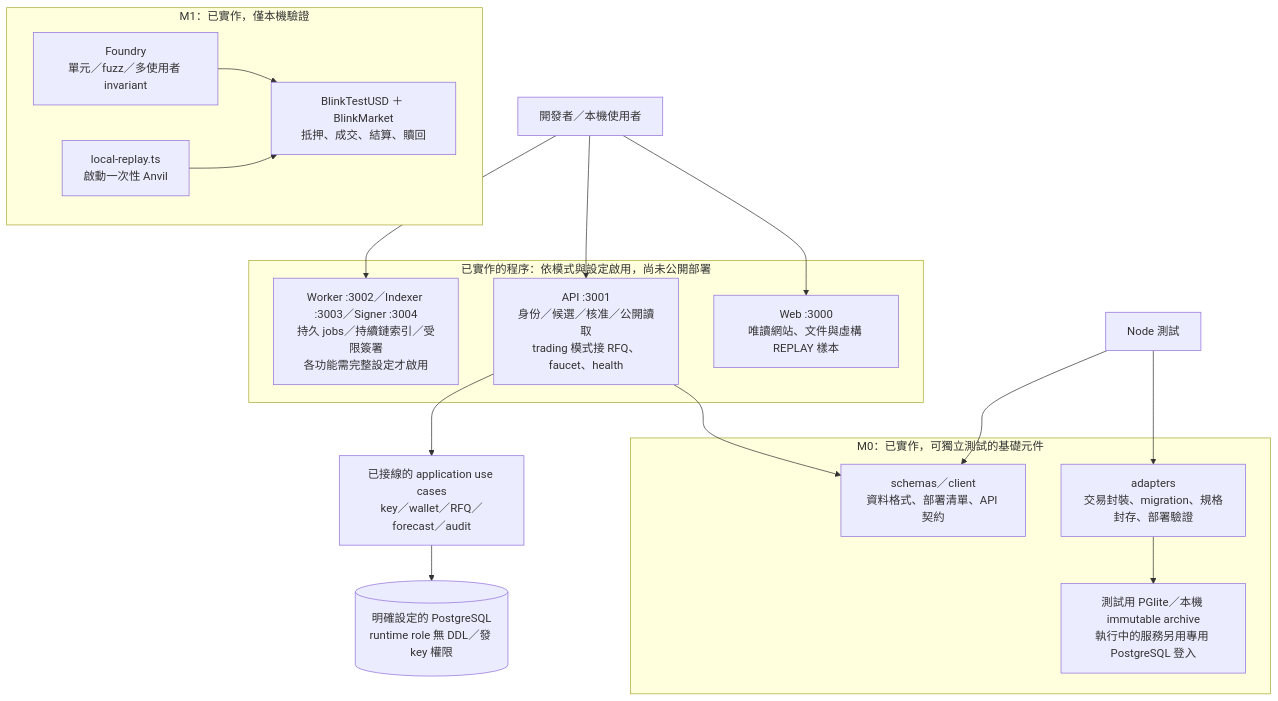
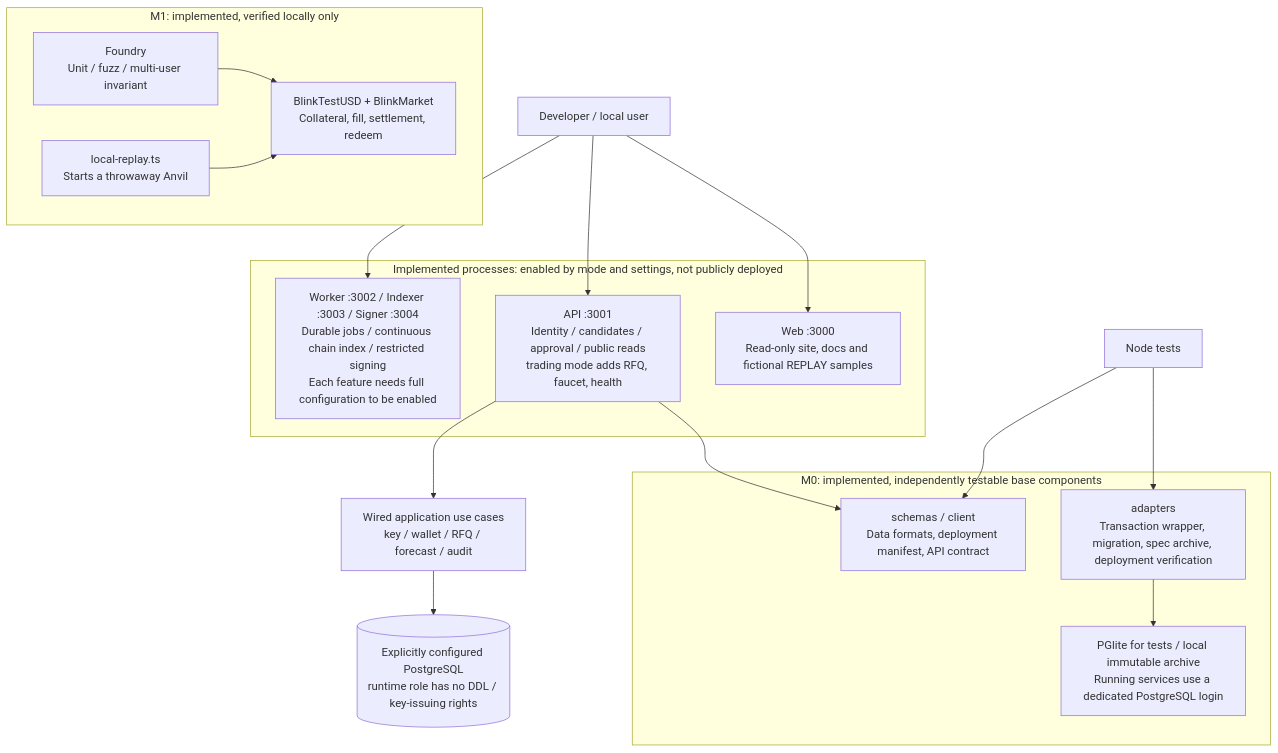
Before and after one commit to Blink-Markets/blinkmarket: the first of 5 diagrams in docs/ARCHITECTURE_GUIDE.md, drawn with Mermaid. The commit also changed other lines of this file and 54 other files, not shown here.

````diff
--- a/docs/ARCHITECTURE_GUIDE.md
+++ b/docs/ARCHITECTURE_GUIDE.md
@@ -13,30 +13,30 @@
 ```mermaid
 flowchart TB
-    User["開發者／本機使用者"]
-    subgraph Hosts["已實作的程序：依模式與設定啟用，尚未公開部署"]
-        Web["Web :3000<br/>唯讀網站、文件與虛構 REPLAY 樣本"]
-        API["API :3001<br/>身份／候選／核准／公開讀取<br/>trading 模式接 RFQ、faucet、health"]
-        Other["Worker :3002／Indexer :3003／Signer :3004<br/>持久 jobs／持續鏈索引／受限簽署<br/>各功能需完整設定才啟用"]
+    User["Developer / local user"]
+    subgraph Hosts["Implemented processes: enabled by mode and settings, not publicly deployed"]
+        Web["Web :3000<br/>Read-only site, docs and fictional REPLAY samples"]
+        API["API :3001<br/>Identity / candidates / approval / public reads<br/>trading mode adds RFQ, faucet, health"]
+        Other["Worker :3002 / Indexer :3003 / Signer :3004<br/>Durable jobs / continuous chain index / restricted signing<br/>Each feature needs full configuration to be enabled"]
     end
-    subgraph M0["M0：已實作，可獨立測試的基礎元件"]
-        Schemas["schemas／client<br/>資料格式、部署清單、API 契約"]
-        Adapters["adapters<br/>交易封裝、migration、規格封存、部署驗證"]
-        Storage["測試用 PGlite／本機 immutable archive<br/>執行中的服務另用專用 PostgreSQL 登入"]
+    subgraph M0["M0: implemented, independently testable base components"]
+        Schemas["schemas / client<br/>Data formats, deployment manifest, API contract"]
+        Adapters["adapters<br/>Transaction wrapper, migration, spec archive, deployment verification"]
+        Storage["PGlite for tests / local immutable archive<br/>Running services use a dedicated PostgreSQL login"]
     end
-    subgraph M1["M1：已實作，僅本機驗證"]
-        Tests["Foundry<br/>單元／fuzz／多使用者 invariant"]
-        Replay["local-replay.ts<br/>啟動一次性 Anvil"]
-        Contracts["BlinkTestUSD ＋ BlinkMarket<br/>抵押、成交、結算、贖回"]
+    subgraph M1["M1: implemented, verified locally only"]
+        Tests["Foundry<br/>Unit / fuzz / multi-user invariant"]
+        Replay["local-replay.ts<br/>Starts a throwaway Anvil"]
+        Contracts["BlinkTestUSD + BlinkMarket<br/>Collateral, fill, settlement, redeem"]
     end
     User --> Web
     User --> API
     User --> Other
     API --> Schemas
-    API --> Identity["已接線的 application use cases<br/>key／wallet／RFQ／forecast／audit"]
-    Identity --> PG[("明確設定的 PostgreSQL<br/>runtime role 無 DDL／發 key 權限")]
-    NodeTests["Node 測試"] --> Adapters
+    API --> Identity["Wired application use cases<br/>key / wallet / RFQ / forecast / audit"]
+    Identity --> PG[("Explicitly configured PostgreSQL<br/>runtime role has no DDL / key-issuing rights")]
+    NodeTests["Node tests"] --> Adapters
     NodeTests --> Schemas
     Adapters --> Storage
     Tests --> Contracts
     Replay --> Contracts
 ```
````
